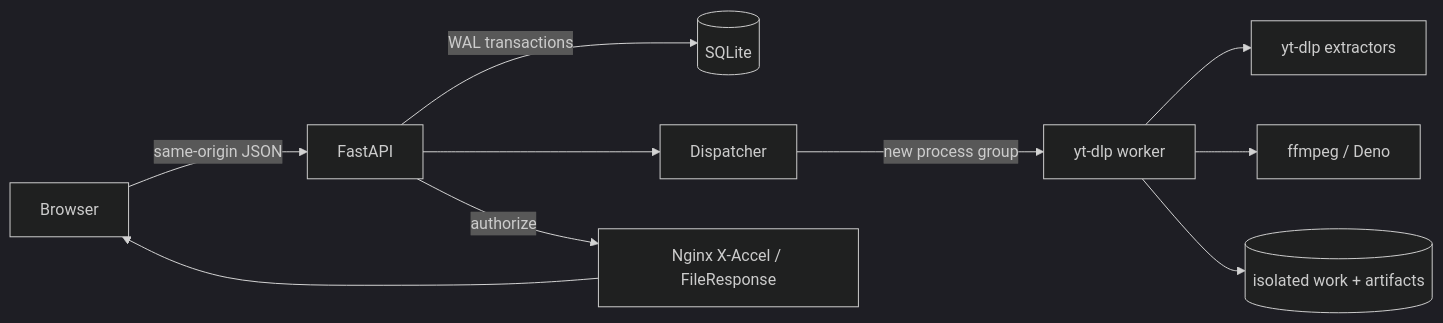
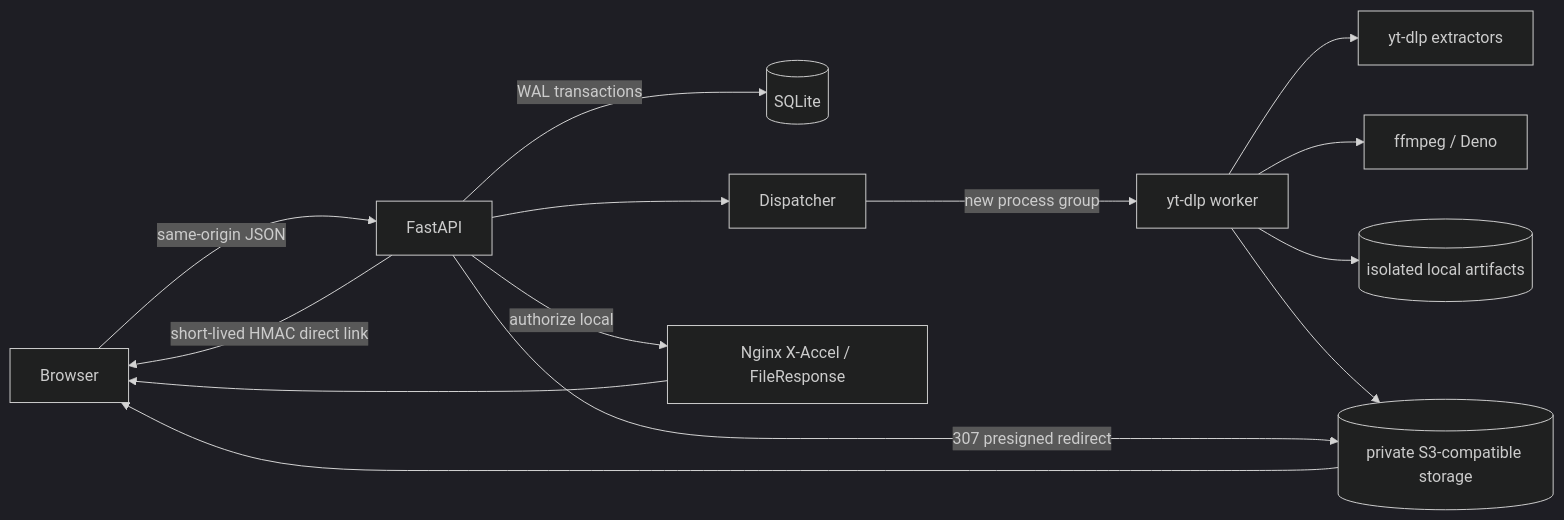
Before and after one commit to sdxdlgz/ytbdownload: the diagram in README.md, drawn with Mermaid (dark theme). The commit also changed other lines of this file and 36 other files, not shown here.

````diff
--- a/README.md
+++ b/README.md
@@ -113,12 +115,16 @@
 ```mermaid
 flowchart LR
   B[Browser] -->|same-origin JSON| A[FastAPI]
   A -->|WAL transactions| D[(SQLite)]
   A --> Q[Dispatcher]
   Q -->|new process group| W[yt-dlp worker]
   W --> Y[yt-dlp extractors]
   W --> F[ffmpeg / Deno]
-  W --> S[(isolated work + artifacts)]
-  A -->|authorize| N[Nginx X-Accel / FileResponse]
+  W --> S[(isolated local artifacts)]
+  W --> O[(private S3-compatible storage)]
+  A -->|authorize local| N[Nginx X-Accel / FileResponse]
+  A -->|307 presigned redirect| O
+  A -->|short-lived HMAC direct link| B
   N --> B
+  O --> B
 ```
````
